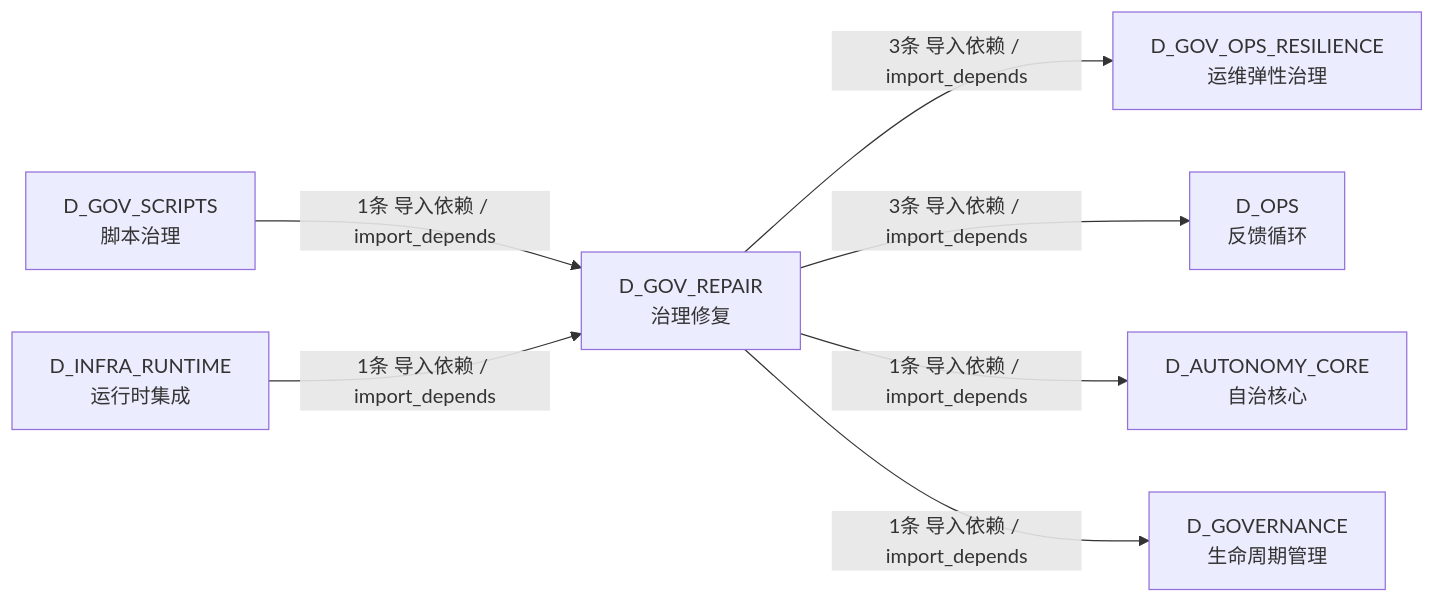
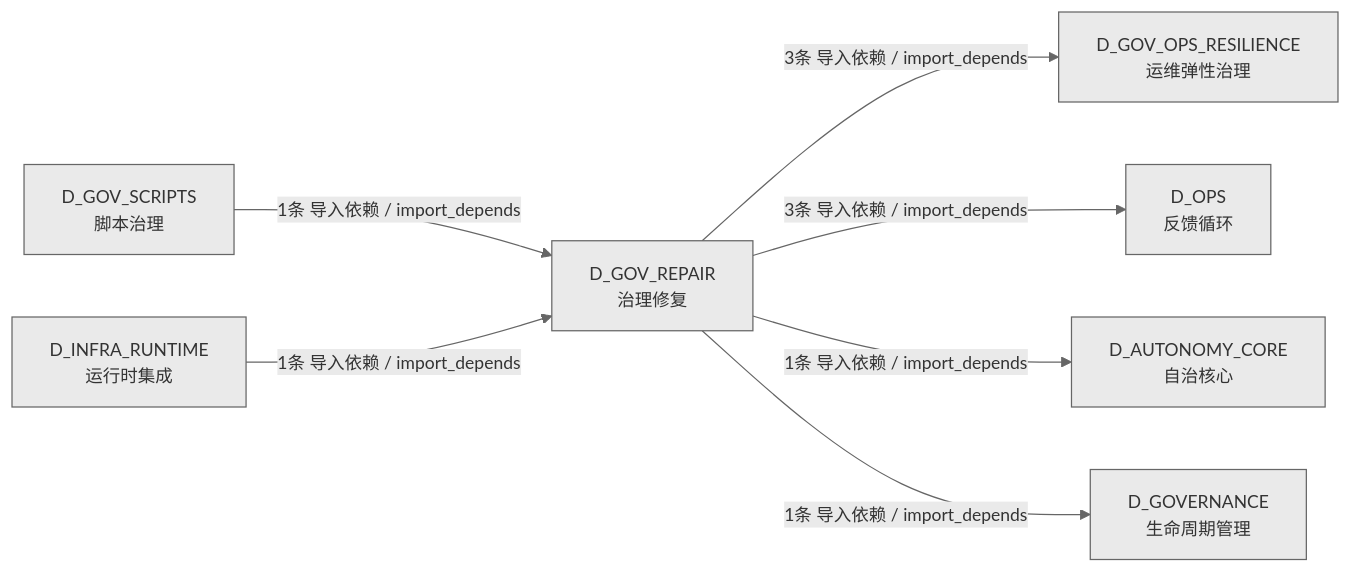
Before and after one commit to xuanFelixVan/ZephyrAlpha: the third of 3 diagrams in docs/02_enterprise_architecture/02_domain_architecture_docs/54_d_gov_repair.md, drawn with Mermaid. The commit also changed other lines of this file and 76 other files, not shown here.

````diff
--- a/docs/02_enterprise_architecture/02_domain_architecture_docs/54_d_gov_repair.md
+++ b/docs/02_enterprise_architecture/02_domain_architecture_docs/54_d_gov_repair.md
@@ -155,16 +153,17 @@
 ```mermaid
+%%{init: {'theme': 'base', 'themeVariables': {'primaryColor': '#eaeaea', 'primaryTextColor': '#333333', 'primaryBorderColor': '#666666', 'lineColor': '#666666', 'secondaryColor': '#eaeaea', 'tertiaryColor': '#eaeaea', 'fontSize': '14px'}}}%%
 graph LR
     D_GOV_REPAIR["D_GOV_REPAIR<br/>治理修复"]
     D_GOV_OPS_RESILIENCE["D_GOV_OPS_RESILIENCE<br/>运维弹性治理"]
     D_OPS["D_OPS<br/>反馈循环"]
     D_AUTONOMY_CORE["D_AUTONOMY_CORE<br/>自治核心"]
     D_GOVERNANCE["D_GOVERNANCE<br/>生命周期管理"]
     D_GOV_SCRIPTS["D_GOV_SCRIPTS<br/>脚本治理"]
     D_INFRA_RUNTIME["D_INFRA_RUNTIME<br/>运行时集成"]
     D_GOV_REPAIR -->|3条 导入依赖 / import_depends| D_GOV_OPS_RESILIENCE
     D_GOV_REPAIR -->|3条 导入依赖 / import_depends| D_OPS
     D_GOV_REPAIR -->|1条 导入依赖 / import_depends| D_AUTONOMY_CORE
     D_GOV_REPAIR -->|1条 导入依赖 / import_depends| D_GOVERNANCE
     D_GOV_SCRIPTS -->|1条 导入依赖 / import_depends| D_GOV_REPAIR
     D_INFRA_RUNTIME -->|1条 导入依赖 / import_depends| D_GOV_REPAIR
 ```
````
